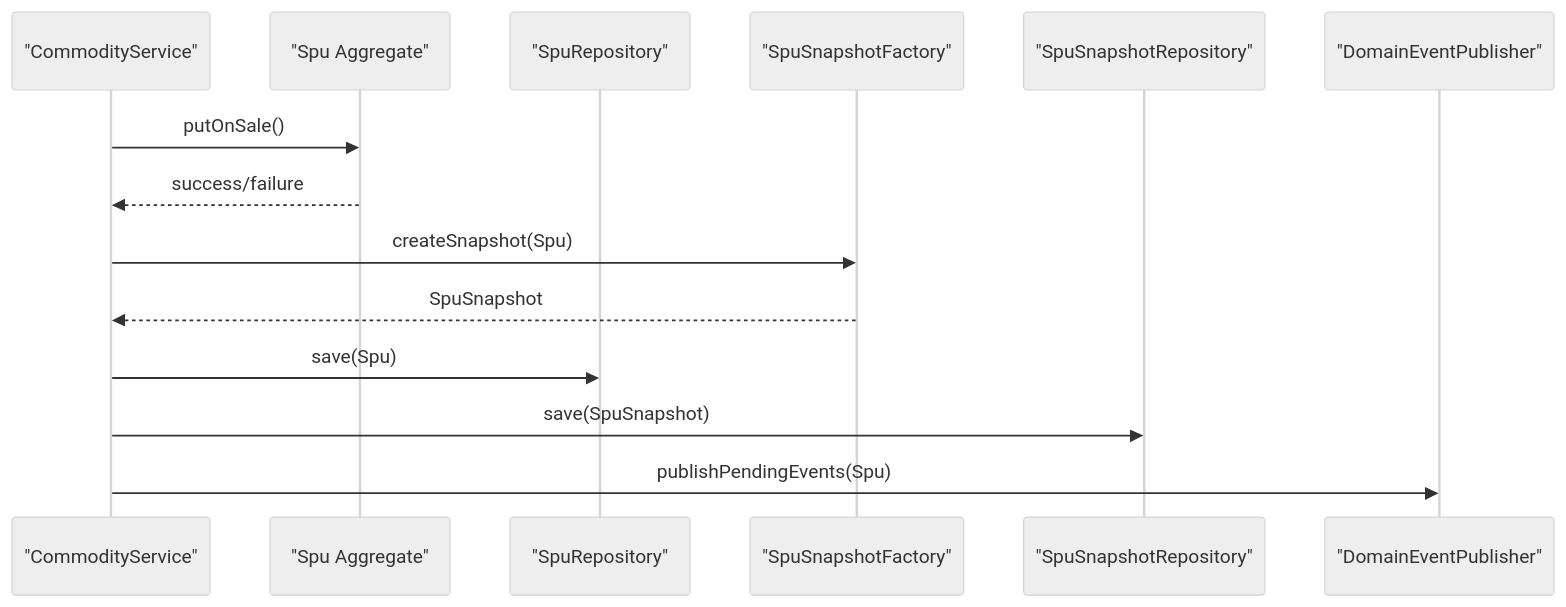
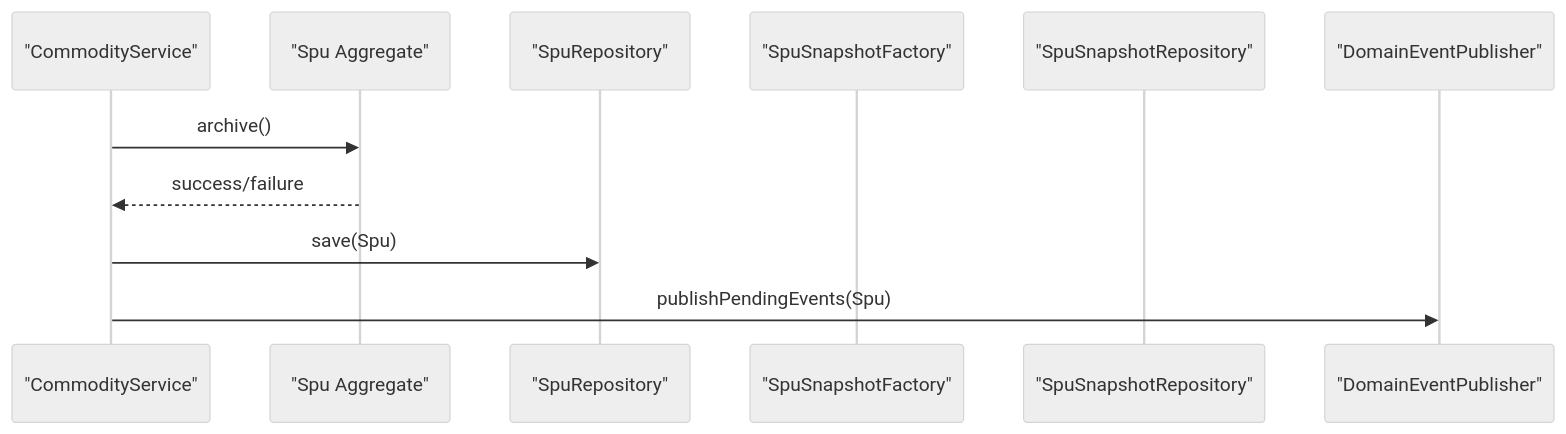
The fifth of 6 diagrams in .qoder/repowiki/en/content/Goods Catalog Module/Commodity Service Layer/Commodity Service Layer.md (ddd-mall/j-store), drawn with Mermaid (neutral theme) before and after one commit. The commit also changed other lines of this file and 334 other files, not shown here.

````diff
--- a/.qoder/repowiki/en/content/Goods Catalog Module/Commodity Service Layer/Commodity Service Layer.md
+++ b/.qoder/repowiki/en/content/Goods Catalog Module/Commodity Service Layer/Commodity Service Layer.md
@@ -242,16 +270,13 @@
 ```mermaid
 sequenceDiagram
 participant App as "CommodityService"
 participant SAgg as "Spu Aggregate"
 participant SRepo as "SpuRepository"
 participant SnapF as "SpuSnapshotFactory"
 participant SnapRepo as "SpuSnapshotRepository"
 participant Pub as "DomainEventPublisher"
-App->>SAgg : putOnSale()
+App->>SAgg : archive()
 SAgg-->>App : success/failure
-App->>SnapF : createSnapshot(Spu)
-SnapF-->>App : SpuSnapshot
 App->>SRepo : save(Spu)
-App->>SnapRepo : save(SpuSnapshot)
 App->>Pub : publishPendingEvents(Spu)
 ```
````
